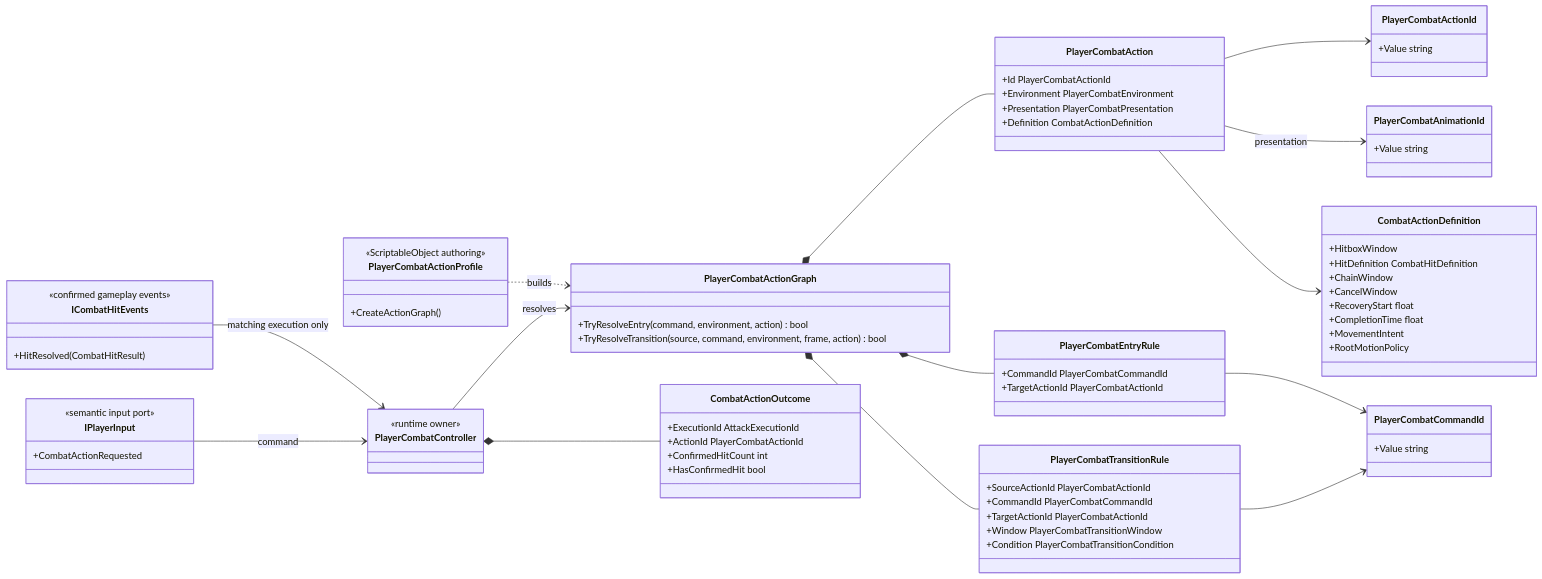
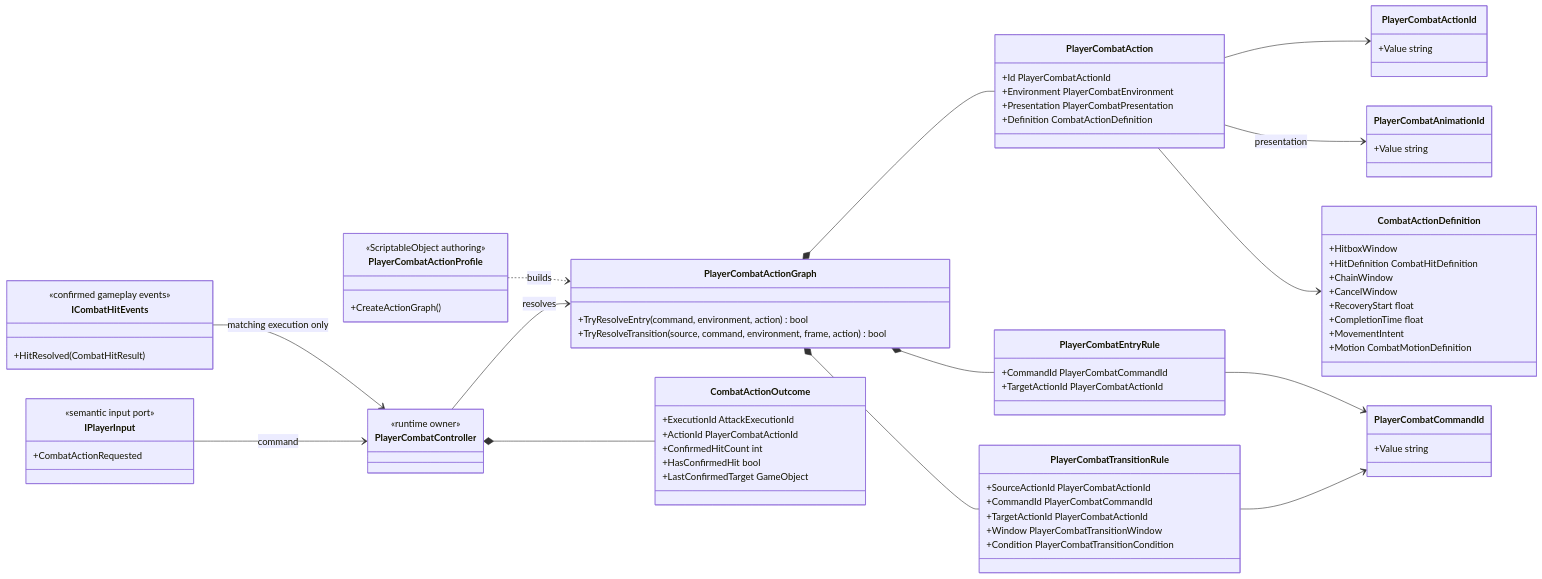
One commit to MaximFonariuc/project-s changed the diagram in Docs/Architecture/Combat.ActionModel.md. Above: the diagram before and after it, drawn with Mermaid. The commit also changed other lines of this file and 23 other files, not shown here.

Commit message:
feat(combat): add launcher air chase flow

````diff
--- a/Docs/Architecture/Combat.ActionModel.md
+++ b/Docs/Architecture/Combat.ActionModel.md
@@ -11,80 +11,81 @@
 ```mermaid
 classDiagram
     direction LR
 
     class PlayerCombatCommandId {
         +Value string
     }
     class PlayerCombatActionId {
         +Value string
     }
     class PlayerCombatAnimationId {
         +Value string
     }
     class PlayerCombatAction {
         +Id PlayerCombatActionId
         +Environment PlayerCombatEnvironment
         +Presentation PlayerCombatPresentation
         +Definition CombatActionDefinition
     }
     class PlayerCombatActionGraph {
         +TryResolveEntry(command, environment, action) bool
         +TryResolveTransition(source, command, environment, frame, action) bool
     }
     class PlayerCombatEntryRule {
         +CommandId PlayerCombatCommandId
         +TargetActionId PlayerCombatActionId
     }
     class PlayerCombatTransitionRule {
         +SourceActionId PlayerCombatActionId
         +CommandId PlayerCombatCommandId
         +TargetActionId PlayerCombatActionId
         +Window PlayerCombatTransitionWindow
         +Condition PlayerCombatTransitionCondition
     }
     class CombatActionOutcome {
         +ExecutionId AttackExecutionId
         +ActionId PlayerCombatActionId
         +ConfirmedHitCount int
         +HasConfirmedHit bool
+        +LastConfirmedTarget GameObject
     }
     class CombatActionDefinition {
         +HitboxWindow
         +HitDefinition CombatHitDefinition
         +ChainWindow
         +CancelWindow
         +RecoveryStart float
         +CompletionTime float
         +MovementIntent
-        +RootMotionPolicy
+        +Motion CombatMotionDefinition
     }
     class PlayerCombatActionProfile {
         <<ScriptableObject authoring>>
         +CreateActionGraph()
     }
     class PlayerCombatController {
         <<runtime owner>>
     }
     class IPlayerInput {
         <<semantic input port>>
         +CombatActionRequested
     }
     class ICombatHitEvents {
         <<confirmed gameplay events>>
         +HitResolved(CombatHitResult)
     }
 
     PlayerCombatActionGraph *-- PlayerCombatAction
     PlayerCombatActionGraph *-- PlayerCombatEntryRule
     PlayerCombatActionGraph *-- PlayerCombatTransitionRule
     PlayerCombatAction --> PlayerCombatActionId
     PlayerCombatAction --> PlayerCombatAnimationId : presentation
     PlayerCombatAction --> CombatActionDefinition
     PlayerCombatEntryRule --> PlayerCombatCommandId
     PlayerCombatTransitionRule --> PlayerCombatCommandId
     PlayerCombatController *-- CombatActionOutcome
     ICombatHitEvents --> PlayerCombatController : matching execution only
     PlayerCombatActionProfile ..> PlayerCombatActionGraph : builds
     IPlayerInput --> PlayerCombatController : command
     PlayerCombatController --> PlayerCombatActionGraph : resolves
 ```
````
